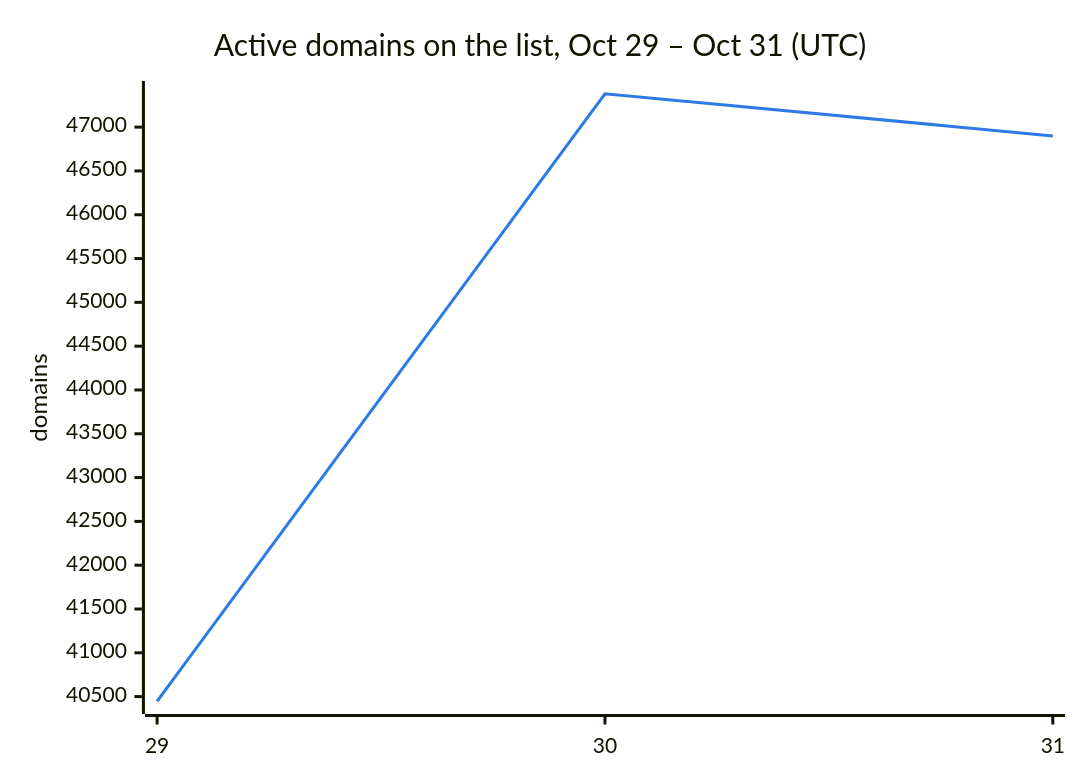
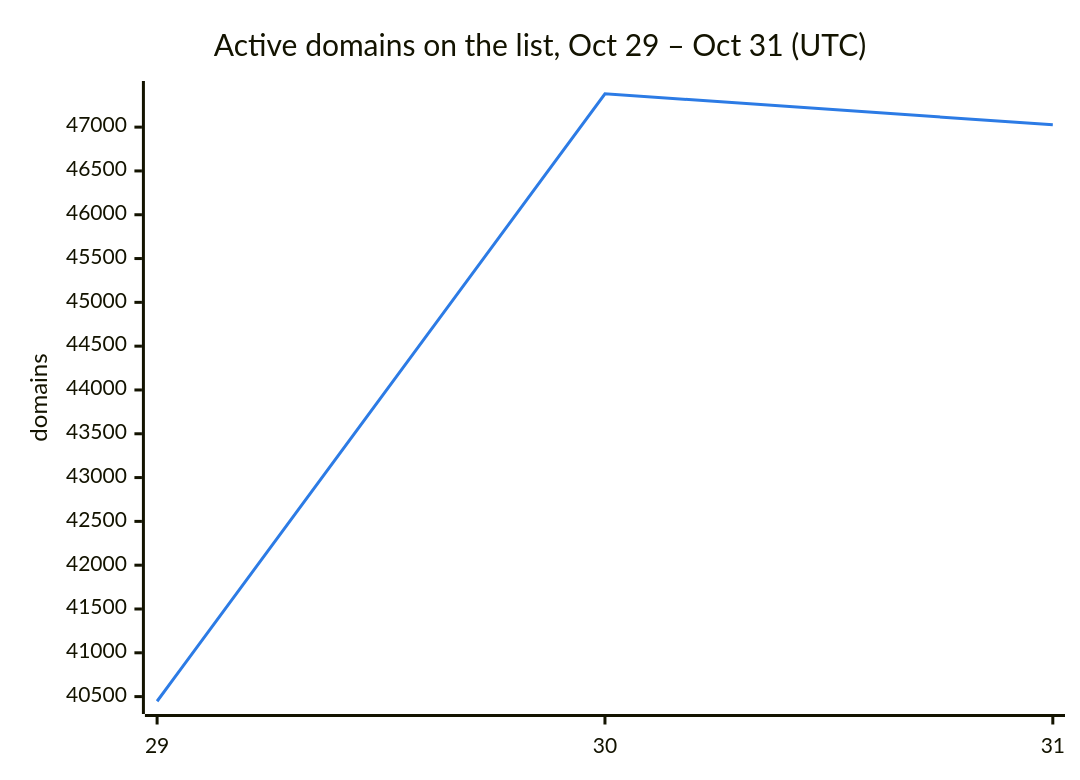
The second of 3 diagrams in README.md (DNSBunker/CTI), drawn with Mermaid before and after one commit. The commit also changed other lines of this file and 3 other files, not shown here.

````diff
--- a/README.md
+++ b/README.md
@@ -38,8 +38,8 @@
 ```mermaid
 %%{init: {"themeVariables": {"xyChart": {"plotColorPalette": "#2c7be5"}}}}%%
 xychart-beta
     title "Active domains on the list, Oct 29 – Oct 31 (UTC)"
     x-axis ["29", "30", "31"]
     y-axis "domains"
-    line [40447, 47381, 46900]
+    line [40447, 47381, 47026]
 ```
````
